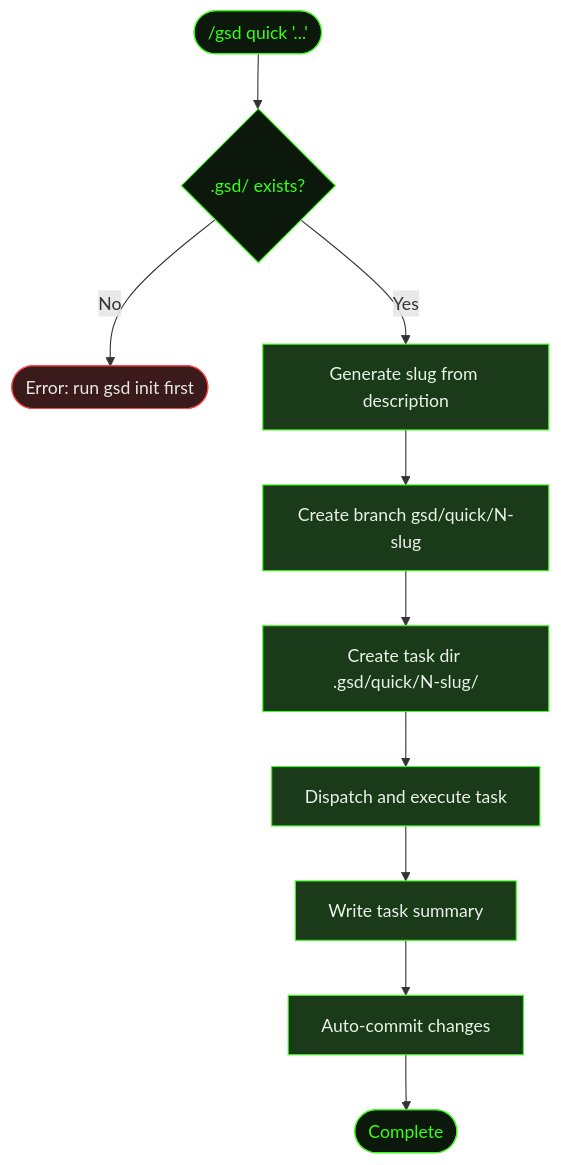
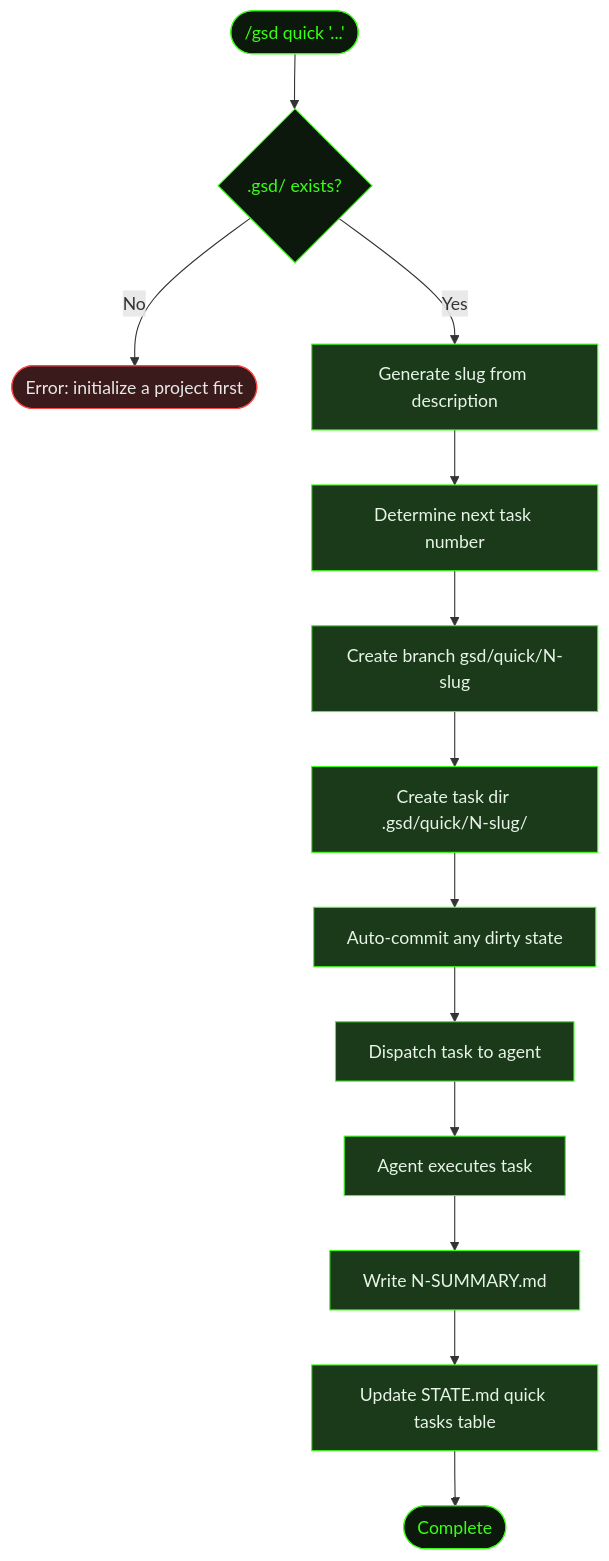
One commit to shusha-group/gsd2-guide changed the diagram in src/content/docs/commands/quick.mdx. Above: the diagram before and after it, drawn with Mermaid. The commit also changed other lines of this file and 49 other files, not shown here.

````diff
--- a/src/content/docs/commands/quick.mdx
+++ b/src/content/docs/commands/quick.mdx
@@ -32,23 +32,29 @@
 ```mermaid
 flowchart TD
     Start(["/gsd quick '...'"]) --> Validate{.gsd/ exists?}
-    Validate -->|No| Fail([Error: run gsd init first])
+    Validate -->|No| Fail([Error: initialize a project first])
     Validate -->|Yes| Slug[Generate slug from description]
-    Slug --> Branch[Create branch gsd/quick/N-slug]
+    Slug --> Num[Determine next task number]
+    Num --> Branch[Create branch gsd/quick/N-slug]
     Branch --> Dir[Create task dir .gsd/quick/N-slug/]
-    Dir --> Execute[Dispatch and execute task]
-    Execute --> Summary[Write task summary]
-    Summary --> Commit[Auto-commit changes]
-    Commit --> Done([Complete])
+    Dir --> Commit[Auto-commit any dirty state]
+    Commit --> Dispatch[Dispatch task to agent]
+    Dispatch --> Execute[Agent executes task]
+    Execute --> Summary[Write N-SUMMARY.md]
+    Summary --> StateUpdate[Update STATE.md quick tasks table]
+    StateUpdate --> Done([Complete])
 
     style Start fill:#0d180d,stroke:#39ff14,color:#39ff14
     style Validate fill:#0d180d,stroke:#39ff14,color:#39ff14
     style Fail fill:#3a1a1a,stroke:#ff4444,color:#e8e8e8
     style Slug fill:#1a3a1a,stroke:#39ff14,color:#e8f4e8
+    style Num fill:#1a3a1a,stroke:#39ff14,color:#e8f4e8
     style Branch fill:#1a3a1a,stroke:#39ff14,color:#e8f4e8
     style Dir fill:#1a3a1a,stroke:#39ff14,color:#e8f4e8
+    style Commit fill:#1a3a1a,stroke:#39ff14,color:#e8f4e8
+    style Dispatch fill:#1a3a1a,stroke:#39ff14,color:#e8f4e8
     style Execute fill:#1a3a1a,stroke:#39ff14,color:#e8f4e8
     style Summary fill:#1a3a1a,stroke:#39ff14,color:#e8f4e8
-    style Commit fill:#1a3a1a,stroke:#39ff14,color:#e8f4e8
+    style StateUpdate fill:#1a3a1a,stroke:#39ff14,color:#e8f4e8
     style Done fill:#0d180d,stroke:#39ff14,color:#39ff14
 ```
````
